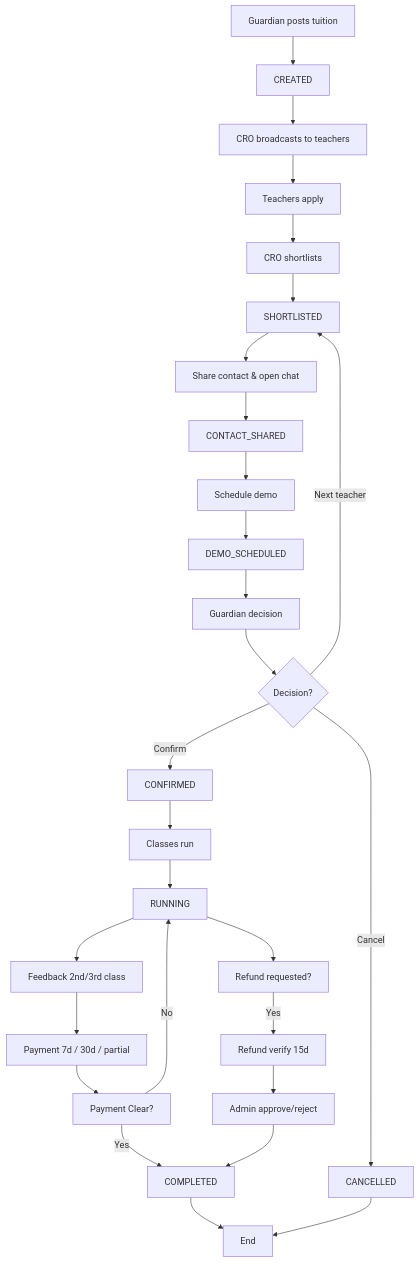
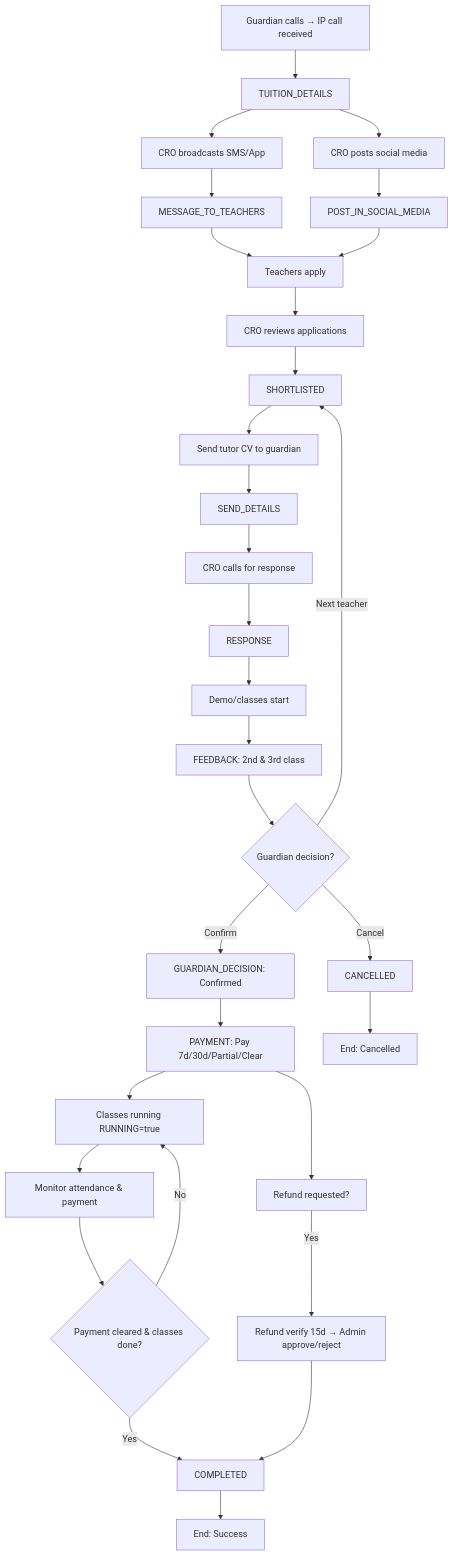
Diagram 15 of 15 in README.md (NeexG/bright-tutor-documentation), drawn with Mermaid before and after one commit. The commit also changed other lines of this file, not shown here.

````diff
--- a/README.md
+++ b/README.md
@@ -1189,30 +1879,33 @@
 ```mermaid
 flowchart TD
-  A[Guardian posts tuition] --> B[CREATED]
-  B --> C[CRO broadcasts to teachers]
-  C --> D[Teachers apply]
-  D --> E[CRO shortlists]
-  E --> F[SHORTLISTED]
-  F --> G[Share contact & open chat]
-  G --> H[CONTACT_SHARED]
-  H --> I[Schedule demo]
-  I --> J[DEMO_SCHEDULED]
-  J --> K[Guardian decision]
-  K --> L{Decision?}
-  L -->|Confirm| M[CONFIRMED]
-  L -->|Next teacher| F
-  L -->|Cancel| N[CANCELLED]
-  M --> O[Classes run]
-  O --> P[RUNNING]
-  P --> Q[Feedback 2nd/3rd class]
-  Q --> R[Payment 7d / 30d / partial]
-  R --> S[Payment Clear?]
-  S -->|Yes| T[COMPLETED]
-  S -->|No| P
-  P --> U[Refund requested?]
-  U -->|Yes| V[Refund verify 15d]
-  V --> W[Admin approve/reject]
-  W --> T
-  T --> X[End]
-  N --> X
+  A[Guardian calls → IP call received] --> B[TUITION_DETAILS]
+  B --> C[CRO broadcasts SMS/App]
+  C --> D[MESSAGE_TO_TEACHERS]
+  B --> E[CRO posts social media]
+  E --> F[POST_IN_SOCIAL_MEDIA]
+  D --> G[Teachers apply]
+  F --> G
+  G --> H[CRO reviews applications]
+  H --> I[SHORTLISTED]
+  I --> J[Send tutor CV to guardian]
+  J --> K[SEND_DETAILS]
+  K --> L[CRO calls for response]
+  L --> M[RESPONSE]
+  M --> N[Demo/classes start]
+  N --> O[FEEDBACK: 2nd & 3rd class]
+  O --> P{Guardian decision?}
+  P -->|Confirm| Q[GUARDIAN_DECISION: Confirmed]
+  P -->|Next teacher| I
+  P -->|Cancel| R[CANCELLED]
+  Q --> S[PAYMENT: Pay 7d/30d/Partial/Clear]
+  S --> T[Classes running RUNNING=true]
+  T --> U[Monitor attendance & payment]
+  U --> V{Payment cleared & classes done?}
+  V -->|Yes| W[COMPLETED]
+  V -->|No| T
+  S --> X[Refund requested?]
+  X -->|Yes| Y[Refund verify 15d → Admin approve/reject]
+  Y --> W
+  W --> Z[End: Success]
+  R --> Z1[End: Cancelled]
 ```
````
